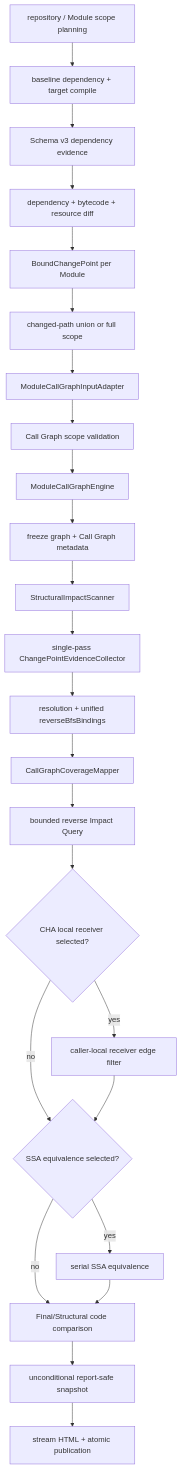
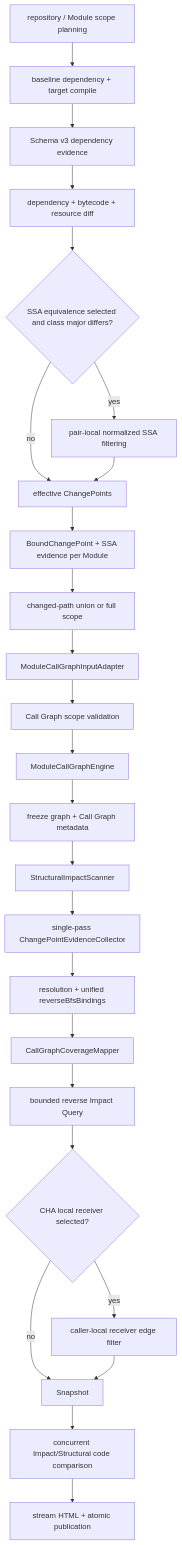
One commit to ymyii/change-impact-analyze changed the second of 2 diagrams in wiki/architecture/dependency-analysis-pipelines.md. Above: the diagram before and after it, drawn with Mermaid. The commit also changed other lines of this file and 60 other files, not shown here.

````diff
--- a/wiki/architecture/dependency-analysis-pipelines.md
+++ b/wiki/architecture/dependency-analysis-pipelines.md
@@ -85,26 +87,27 @@
 ```mermaid
 flowchart TD
   Scope["repository / Module scope planning"] --> Prepare["baseline dependency + target compile"]
   Prepare --> Evidence["Schema v3 dependency evidence"]
   Evidence --> Diff["dependency + bytecode + resource diff"]
-  Diff --> Bind["BoundChangePoint per Module"]
+  Diff --> SSAChoice{"SSA equivalence selected and class major differs?"}
+  SSAChoice -->|yes| SSA["pair-local normalized SSA filtering"]
+  SSAChoice -->|no| Effective["effective ChangePoints"]
+  SSA --> Effective
+  Effective --> Bind["BoundChangePoint + SSA evidence per Module"]
   Bind --> PathPlan["changed-path union or full scope"]
   PathPlan --> Input["ModuleCallGraphInputAdapter"]
   Input --> Validate["Call Graph scope validation"]
   Validate --> Build["ModuleCallGraphEngine"]
   Build --> Metadata["freeze graph + Call Graph metadata"]
   Metadata --> Structural["StructuralImpactScanner"]
   Structural --> Collector["single-pass ChangePointEvidenceCollector"]
   Collector --> Binding["resolution + unified reverseBfsBindings"]
   Binding --> Coverage["CallGraphCoverageMapper"]
   Coverage --> Query["bounded reverse Impact Query"]
   Query --> Local{"CHA local receiver selected?"}
   Local -->|yes| ChaRefine["caller-local receiver edge filter"]
-  Local -->|no| SSAChoice{"SSA equivalence selected?"}
-  ChaRefine --> SSAChoice
-  SSAChoice -->|yes| SSA["serial SSA equivalence"]
-  SSAChoice -->|no| Compare["Final/Structural code comparison"]
-  SSA --> Compare
-  Compare --> Snapshot["unconditional report-safe snapshot"]
-  Snapshot --> Report["stream HTML + atomic publication"]
+  Local -->|no| Snapshot
+  ChaRefine --> Snapshot
+  Snapshot --> Compare["concurrent Impact/Structural code comparison"]
+  Compare --> Report["stream HTML + atomic publication"]
 ```
````
